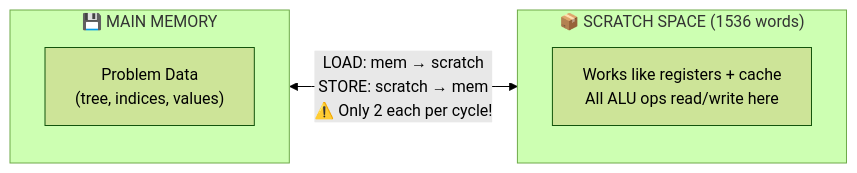
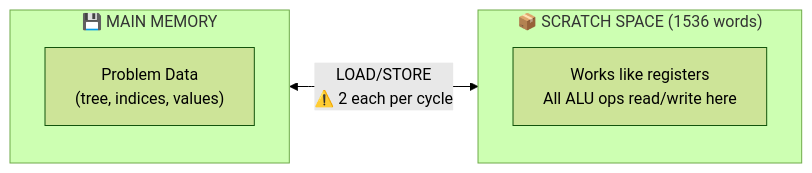
One commit to trirpi/trirpi.github.io changed the first of 3 diagrams in content/posts/anthropic-performance-takehome-deep-dive.md. Above: the diagram before and after it, drawn with Mermaid (forest theme). The commit also changed other lines of this file, not shown here.

````diff
--- a/content/posts/anthropic-performance-takehome-deep-dive.md
+++ b/content/posts/anthropic-performance-takehome-deep-dive.md
@@ -33,12 +56,12 @@
 ```mermaid
 flowchart LR
     subgraph mem["💾 MAIN MEMORY"]
         DATA["Problem Data<br/>(tree, indices, values)"]
     end
     
     subgraph scratch["📦 SCRATCH SPACE (1536 words)"]
-        REG["Works like registers + cache<br/>All ALU ops read/write here"]
+        REG["Works like registers<br/>All ALU ops read/write here"]
     end
     
-    mem <-->|"LOAD: mem → scratch<br/>STORE: scratch → mem<br/>⚠️ Only 2 each per cycle!"| scratch
+    mem <-->|"LOAD/STORE<br/>⚠️ 2 each per cycle"| scratch
 ```
````
